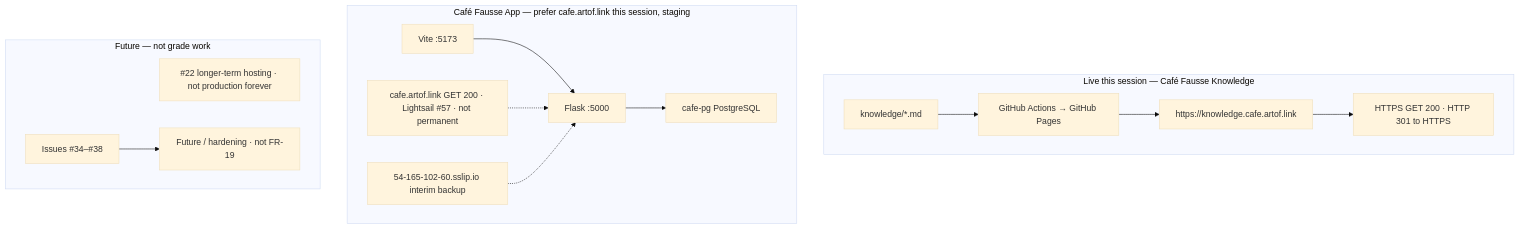
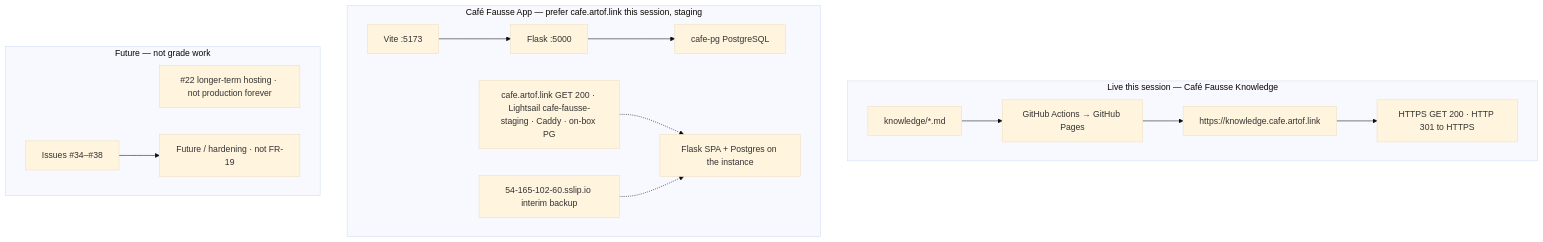
One commit to artofdream/aea-interactive-design changed the diagram in knowledge/friday-plan.md. Above: the diagram before and after it, drawn with Mermaid (base theme). The commit also changed other lines of this file and 13 other files, not shown here.

````diff
--- a/knowledge/friday-plan.md
+++ b/knowledge/friday-plan.md
@@ -71,18 +71,18 @@
 ```mermaid
 flowchart TB
   subgraph LIVE["Live this session — Café Fausse Knowledge"]
     MD["knowledge/*.md"] --> BUILD["GitHub Actions → GitHub Pages"]
     BUILD --> KH["https://knowledge.cafe.artof.link"]
     KH --> OK["HTTPS GET 200 · HTTP 301 to HTTPS"]
   end
   subgraph APP["Café Fausse App — prefer cafe.artof.link this session, staging"]
     VITE["Vite :5173"] --> FLASK["Flask :5000"]
     FLASK --> PG["cafe-pg PostgreSQL"]
-    SHARE["cafe.artof.link GET 200 · Lightsail #57 · not permanent"] -.-> FLASK
-    BAK["54-165-102-60.sslip.io interim backup"] -.-> FLASK
+    SHARE["cafe.artof.link GET 200 · Lightsail cafe-fausse-staging · Caddy · on-box PG"] -.-> BOX["Flask SPA + Postgres on the instance"]
+    BAK["54-165-102-60.sslip.io interim backup"] -.-> BOX
   end
   subgraph FUT["Future — not grade work"]
     HOST["#22 longer-term hosting · not production forever"]
     FS["Issues #34–#38"] --> PARK["Future / hardening · not FR-19"]
   end
 ```
````
